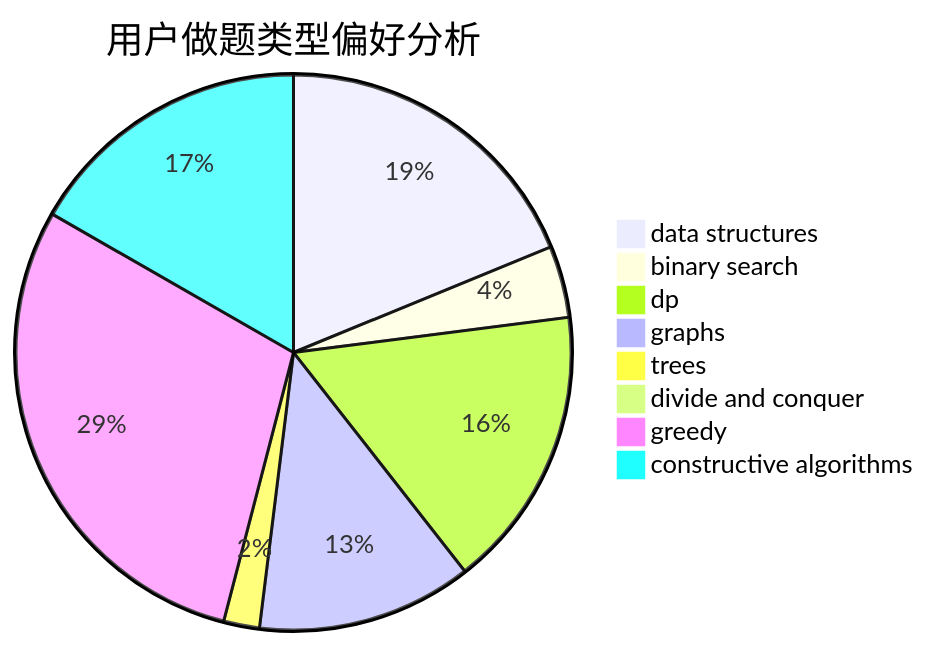
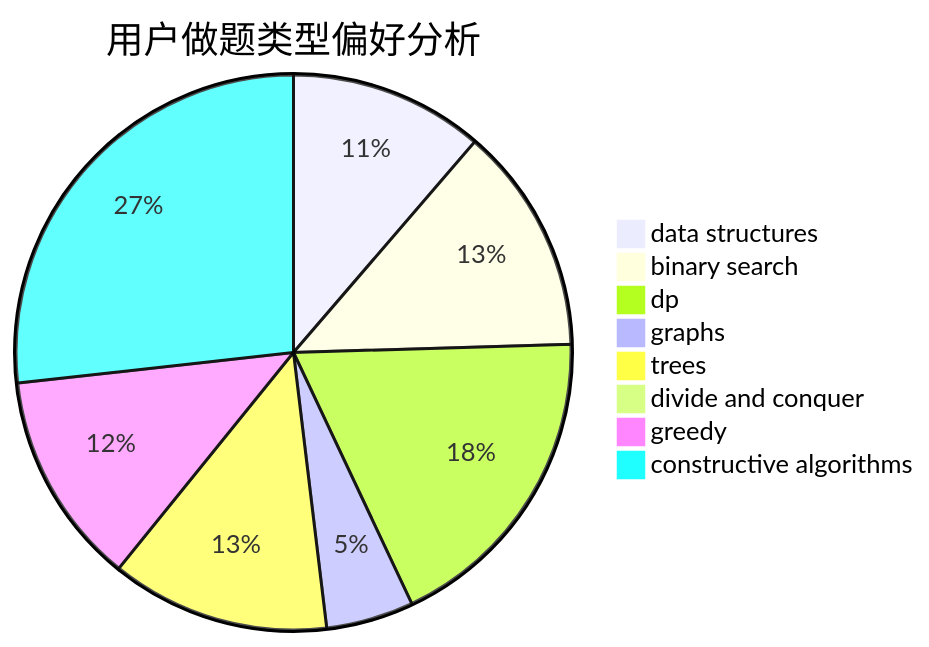
The second of 3 diagrams in docs/user/u996.md (sherpahu/cfrs.github.io), drawn with Mermaid before and after one commit. The commit also changed other lines of this file and 2770 other files, not shown here.

````diff
--- a/docs/user/u996.md
+++ b/docs/user/u996.md
@@ -23,11 +23,11 @@
 ```mermaid
 pie title 用户做题类型偏好分析
-    "data structures" :  72
-    "binary search" :  16
-    "dp" :  63
-    "graphs" :  48
-    "trees" :  8
+    "data structures" :  71
+    "binary search" :  83
+    "dp" :  116
+    "graphs" :  32
+    "trees" :  80
     "divide and conquer" :  0
-    "greedy" :  112
-    "constructive algorithms" :  64
+    "greedy" :  78
+    "constructive algorithms" :  168
 ```
````
